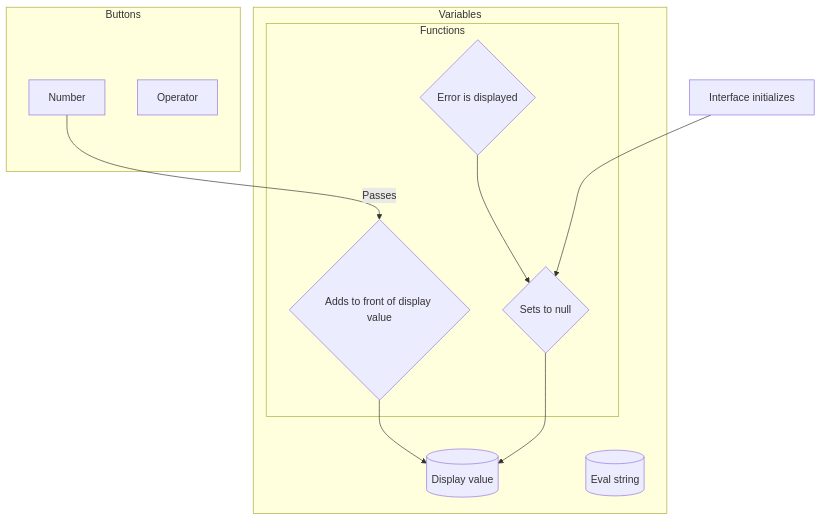
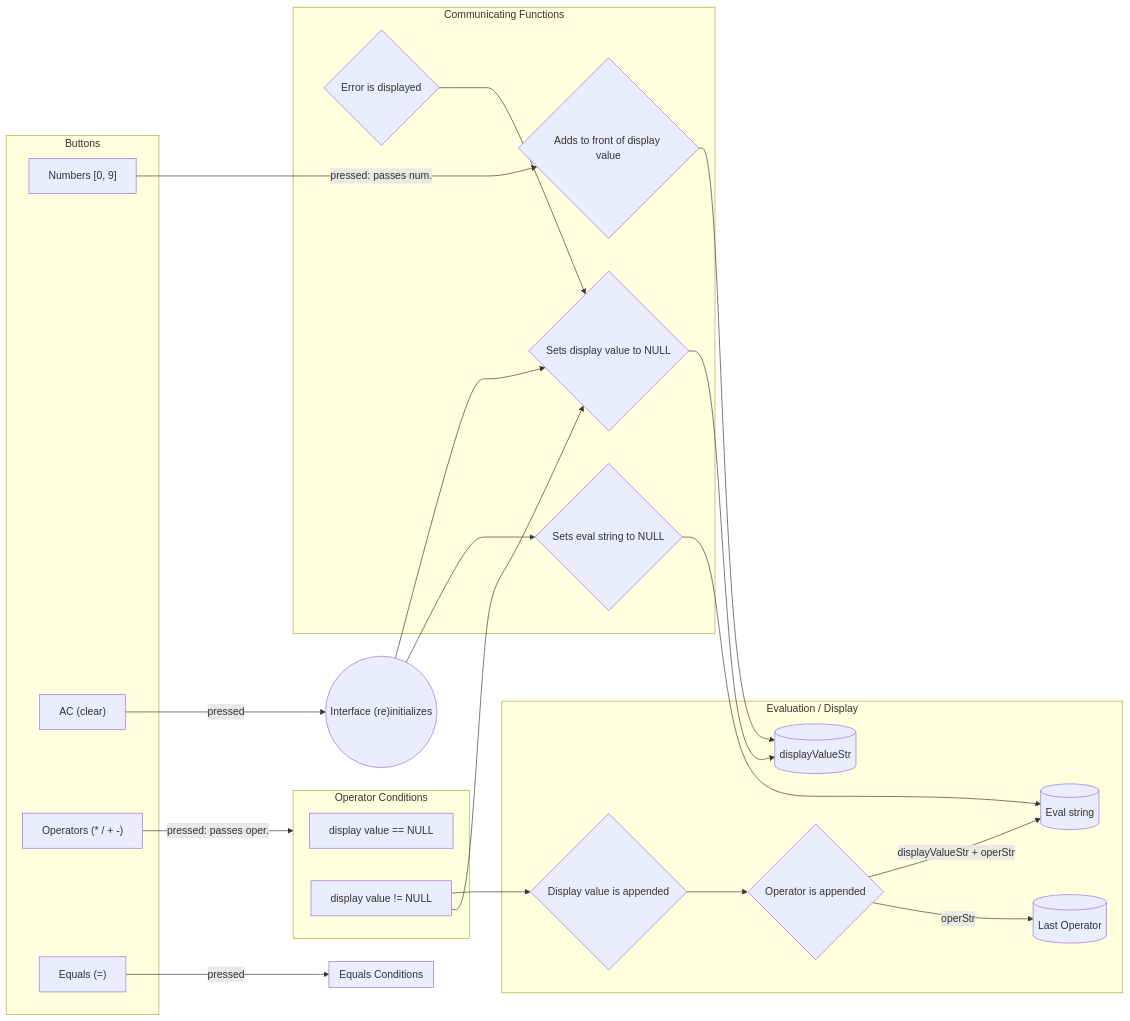
The diagram in README.md (kneevin/calculator), drawn with Mermaid before and after one commit.

Commit message:
Added majority of flowchart.

````diff
--- a/README.md
+++ b/README.md
@@ -25,18 +24,40 @@
 ```mermaid
-flowchart
+flowchart LR
+init(("Interface (re)initializes")) --> nullifyDisplay
+init --> nullifyEval
 	subgraph ide1[Buttons]
-		numeric[Number]
-		oper[Operator]
+		numeric["Numbers [0, 9]"]
+    clear["AC (clear)"]
+		oper["Operators (* / + -)"]
+    equals["Equals (=)"]
 	end
-	subgraph ide2[Variables]
-		subgraph ide3[Functions]
-			update{Adds to front of display value}
-			error{Error is displayed} --> nullify{Sets to null}
-		end
-		update --> display[(Display value)]
-		nullify --> display
+	subgraph ide2["Evaluation / Display"]
+    lastOper[(Last Operator)]
+    display[(displayValueStr)]
+    displayPassed{Display value is appended} --> 
+    operPassed{Operator is appended}
 		eval[(Eval string)]
 	end
-	init[Interface initializes] --> nullify
-	numeric -->|Passes| update
+  subgraph ide3[Communicating Functions]
+		update{Adds to front of display value} --> display
+		error{Error is displayed} --> nullifyDisplay{Sets display value to NULL}
+    nullifyEval{Sets eval string to NULL}
+	end
+  subgraph ide4[Operator Conditions]
+    displayIsNull[display value == NULL]
+    displayNotNull[display value != NULL] --> displayPassed
+  end
+  subgraph ide5[Equals Conditions]
+  
+  end
+
+  nullifyDisplay --> display
+  nullifyEval --> eval
+  clear -->|pressed| init
+  displayNotNull --> nullifyDisplay
+  operPassed -->|"displayValueStr + operStr"| eval
+  operPassed -->|"operStr"| lastOper
+  oper -->|pressed: passes oper. | ide4
+	numeric -->|pressed: passes num. | update
+  equals --> |pressed| ide5
 ```
````
